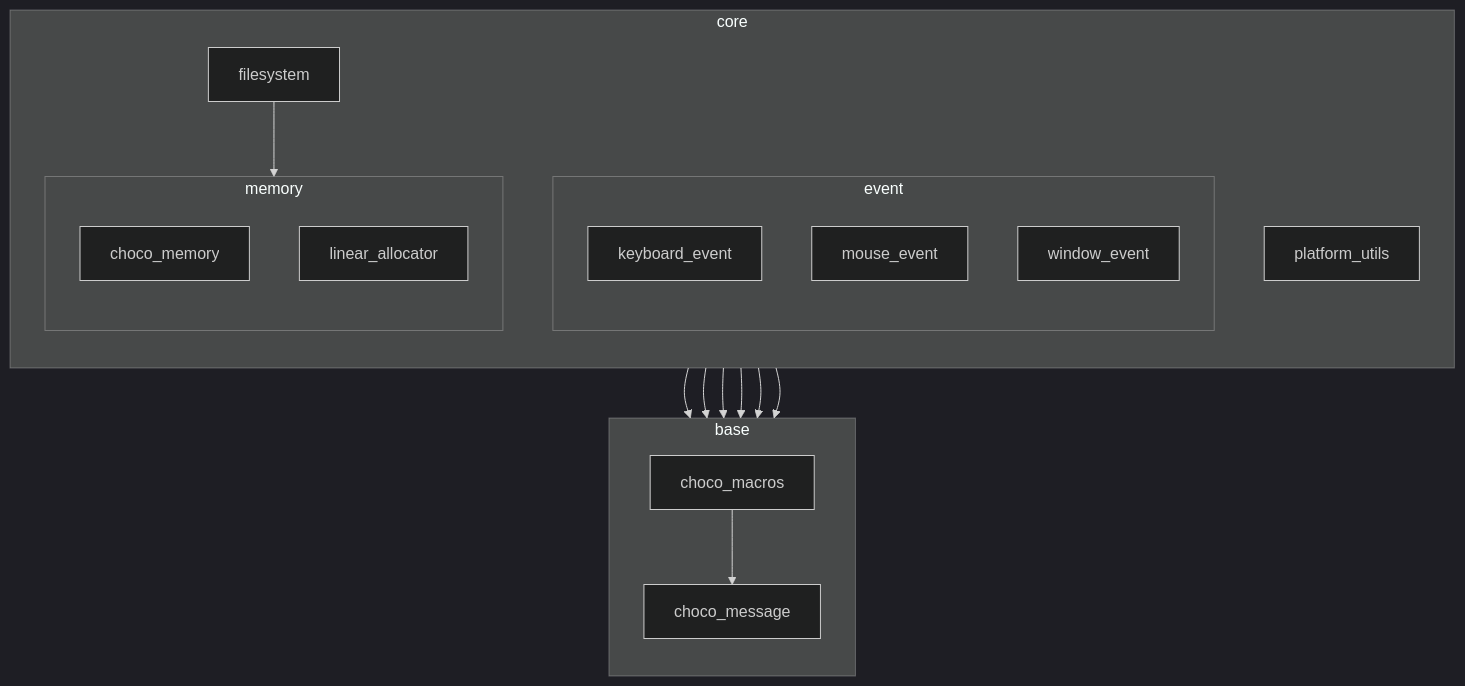
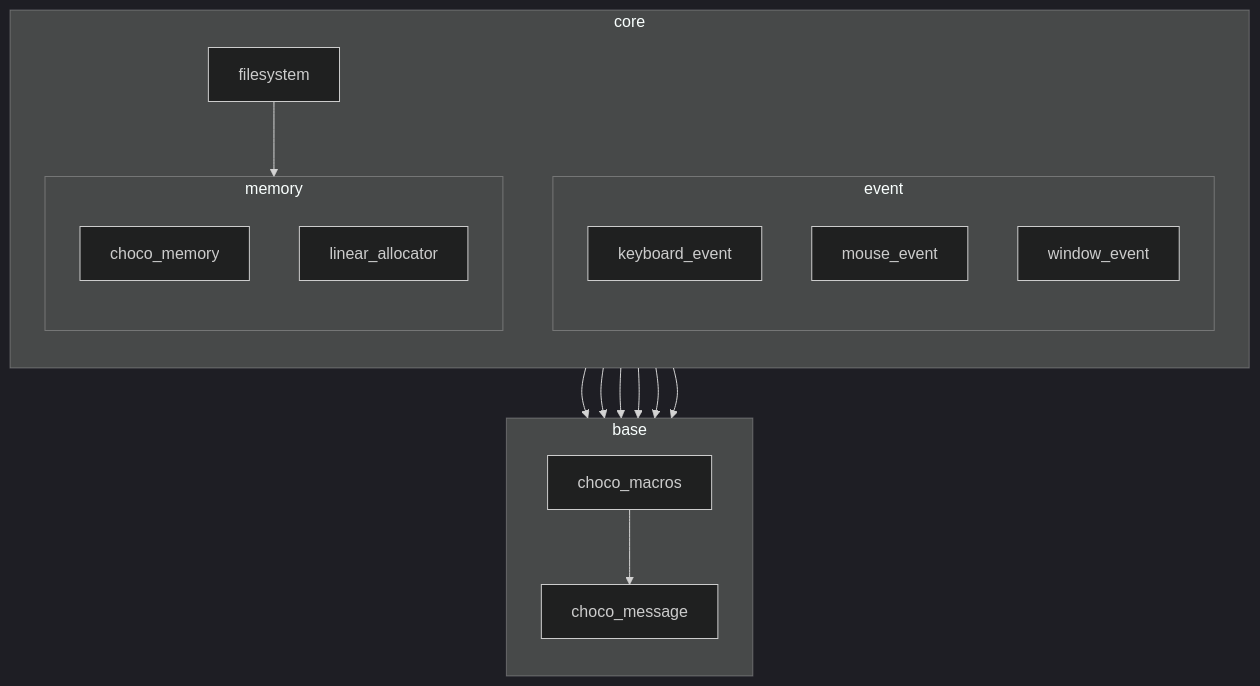
One commit to chocolate-pie24/gl_choco_engine changed the first of 4 diagrams in docs/layer.md. Above: the diagram before and after it, drawn with Mermaid (dark theme). The commit also changed other lines of this file and 1 other file, not shown here.

````diff
--- a/docs/layer.md
+++ b/docs/layer.md
@@ -32,35 +30,34 @@
 ```mermaid
 graph TD
   subgraph BASE[base]
     direction TB
     CHOCO_MESSAGE[choco_message]
     CHOCO_MACROS[choco_macros]
   end
   CHOCO_MACROS --> CHOCO_MESSAGE
 
   subgraph CORE[core]
     direction TB
     subgraph EVENT[event]
       direction TB
       KEYBOARD_EVENT[keyboard_event]
       MOUSE_EVENT[mouse_event]
       WINDOW_EVENT[window_event]
     end
 
     subgraph MEMORY[memory]
       direction TB
       CHOCO_MEMORY[choco_memory]
       LINEAR_ALLOCATOR[linear_allocator]
     end
 
     FILESYSTEM[filesystem]
-    PLATFORM_UTILS[platform_utils]
   end
   FILESYSTEM --> CHOCO_MACROS
   FILESYSTEM --> CHOCO_MESSAGE
   FILESYSTEM --> CHOCO_MEMORY
   CHOCO_MEMORY --> CHOCO_MACROS
   CHOCO_MEMORY --> CHOCO_MESSAGE
   LINEAR_ALLOCATOR --> CHOCO_MACROS
   LINEAR_ALLOCATOR --> CHOCO_MESSAGE
 ```
````
